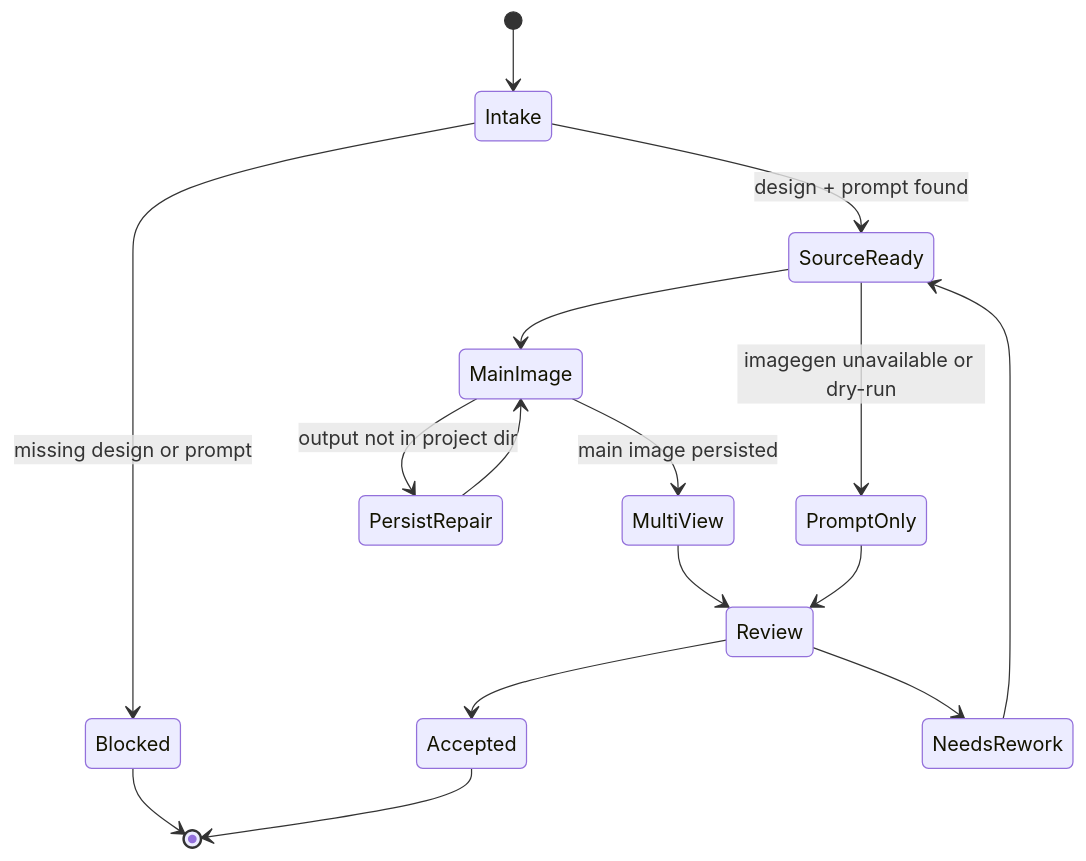
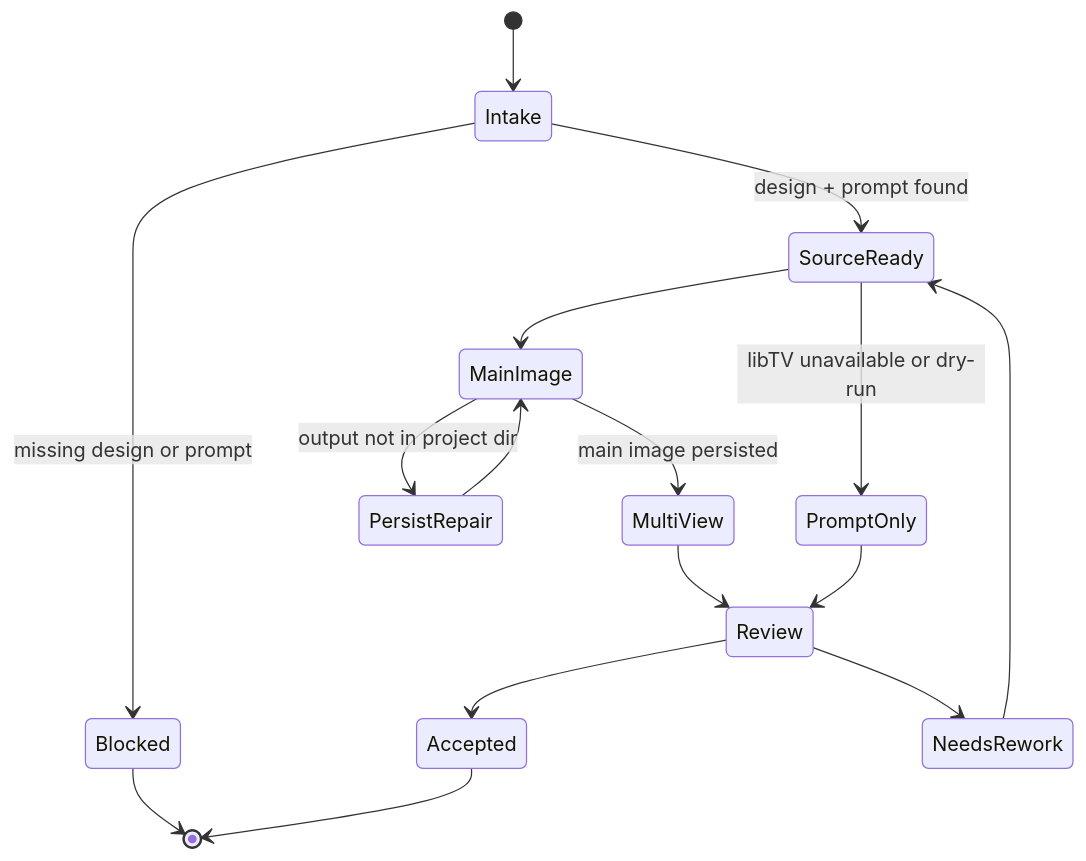
Before and after one commit to ZEN-VOID/AI-CUT: the third of 3 diagrams in .agents/skills/aigc/3-主体/角色/3-生成/SKILL.md, drawn with Mermaid. The commit also changed other lines of this file and 439 other files, not shown here.

````diff
--- a/.agents/skills/aigc/3-主体/角色/3-生成/SKILL.md
+++ b/.agents/skills/aigc/3-主体/角色/3-生成/SKILL.md
@@ -128,18 +141,18 @@
 ```mermaid
 stateDiagram-v2
     [*] --> Intake
     Intake --> SourceReady: design + prompt found
     Intake --> Blocked: missing design or prompt
-    SourceReady --> PromptOnly: imagegen unavailable or dry-run
+    SourceReady --> PromptOnly: libTV unavailable or dry-run
     SourceReady --> MainImage
     MainImage --> PersistRepair: output not in project dir
     PersistRepair --> MainImage
     MainImage --> MultiView: main image persisted
     MultiView --> Review
     PromptOnly --> Review
     Review --> Accepted
     Review --> NeedsRework
     NeedsRework --> SourceReady
     Blocked --> [*]
     Accepted --> [*]
 ```
````
